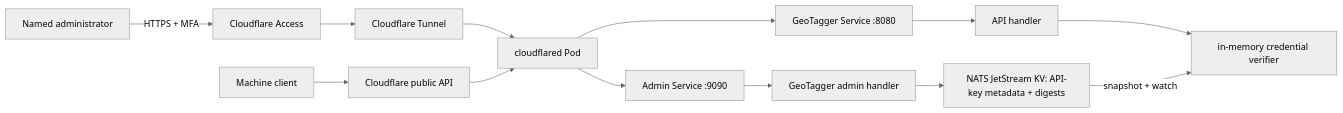
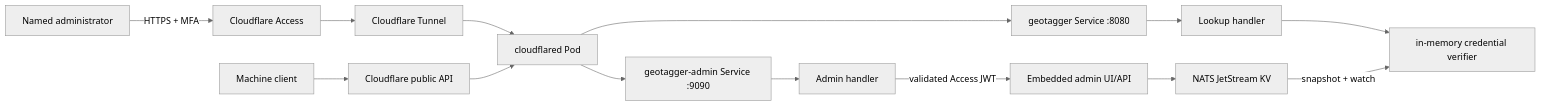
Before and after one commit to Jstarzz/geotagger: the diagram in docs/ADMIN_CONTROL_PLANE.md, drawn with Mermaid (neutral theme). The commit also changed other lines of this file, not shown here.

Commit message:
docs: update admin control plane to implemented behavior

````diff
--- a/docs/ADMIN_CONTROL_PLANE.md
+++ b/docs/ADMIN_CONTROL_PLANE.md
@@ -36,16 +42,17 @@
 ```mermaid
 flowchart LR
     HUMAN["Named administrator"] -->|"HTTPS + MFA"| ACCESS["Cloudflare Access"]
     ACCESS --> TUNNEL["Cloudflare Tunnel"]
     TUNNEL --> CFD["cloudflared Pod"]
-    CFD --> ADMIN["Admin Service :9090"]
-    ADMIN --> API["GeoTagger admin handler"]
-    API --> KV["NATS JetStream KV: API-key metadata + digests"]
+    CFD --> ADMINSVC["geotagger-admin Service :9090"]
+    ADMINSVC --> ADMIN["Admin handler"]
+    ADMIN -->|"validated Access JWT"| UI["Embedded admin UI/API"]
+    UI --> KV["NATS JetStream KV"]
 
     MACHINE["Machine client"] --> EDGE["Cloudflare public API"]
     EDGE --> CFD
-    CFD --> PUB["GeoTagger Service :8080"]
-    PUB --> LOOKUP["API handler"]
+    CFD --> PUB["geotagger Service :8080"]
+    PUB --> LOOKUP["Lookup handler"]
     LOOKUP --> CACHE["in-memory credential verifier"]
     KV -->|"snapshot + watch"| CACHE
 ```
````
